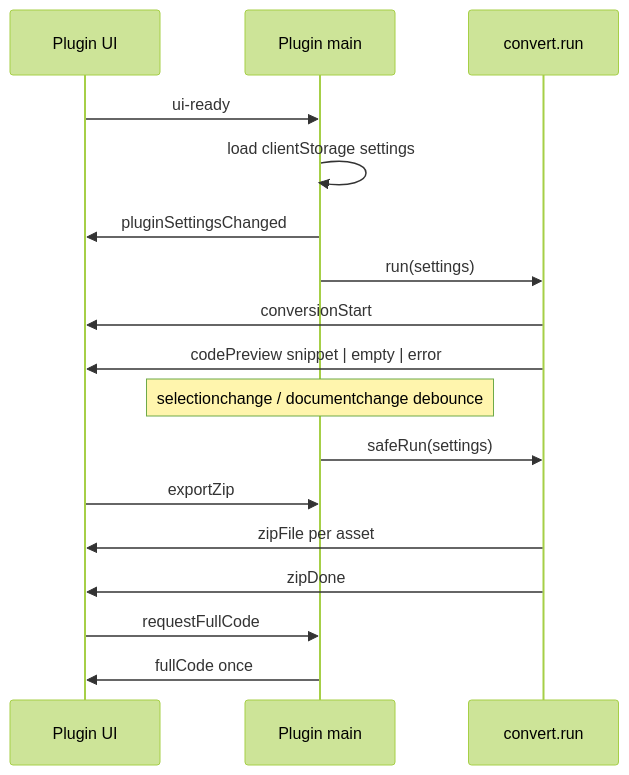
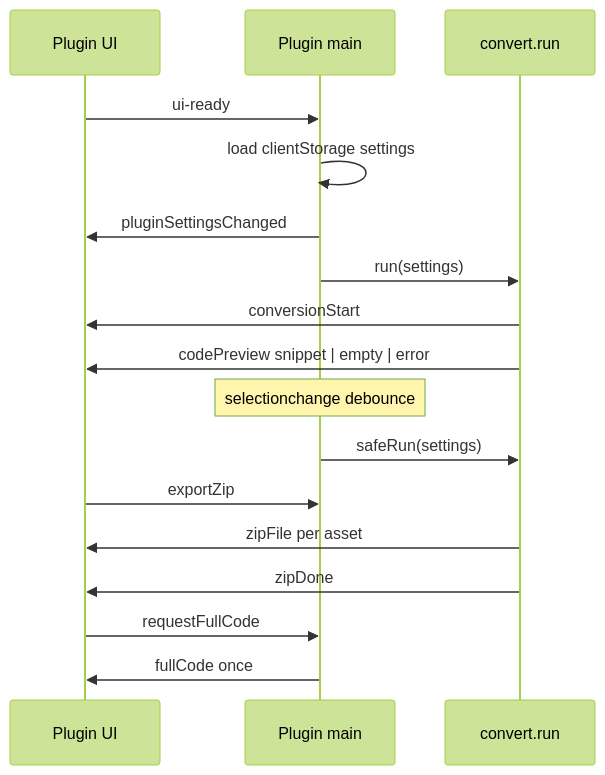
The seventh of 10 diagrams in docs/logic.md (CodeByStella/FIGMA2CODE), drawn with Mermaid (forest theme) before and after one commit. The commit also changed other lines of this file and 15 other files, not shown here.

````diff
--- a/docs/logic.md
+++ b/docs/logic.md
@@ -175,23 +219,23 @@
 ```mermaid
 sequenceDiagram
   participant UI as Plugin UI
   participant Main as Plugin main
   participant Backend as convert.run
 
   UI->>Main: ui-ready
   Main->>Main: load clientStorage settings
   Main->>UI: pluginSettingsChanged
   Main->>Backend: run(settings)
   Backend->>UI: conversionStart
   Backend->>UI: codePreview snippet | empty | error
 
-  Note over Main: selectionchange / documentchange debounce
+  Note over Main: selectionchange debounce
   Main->>Backend: safeRun(settings)
 
   UI->>Main: exportZip
   Backend->>UI: zipFile per asset
   Backend->>UI: zipDone
 
   UI->>Main: requestFullCode
   Main->>UI: fullCode once
 ```
````
